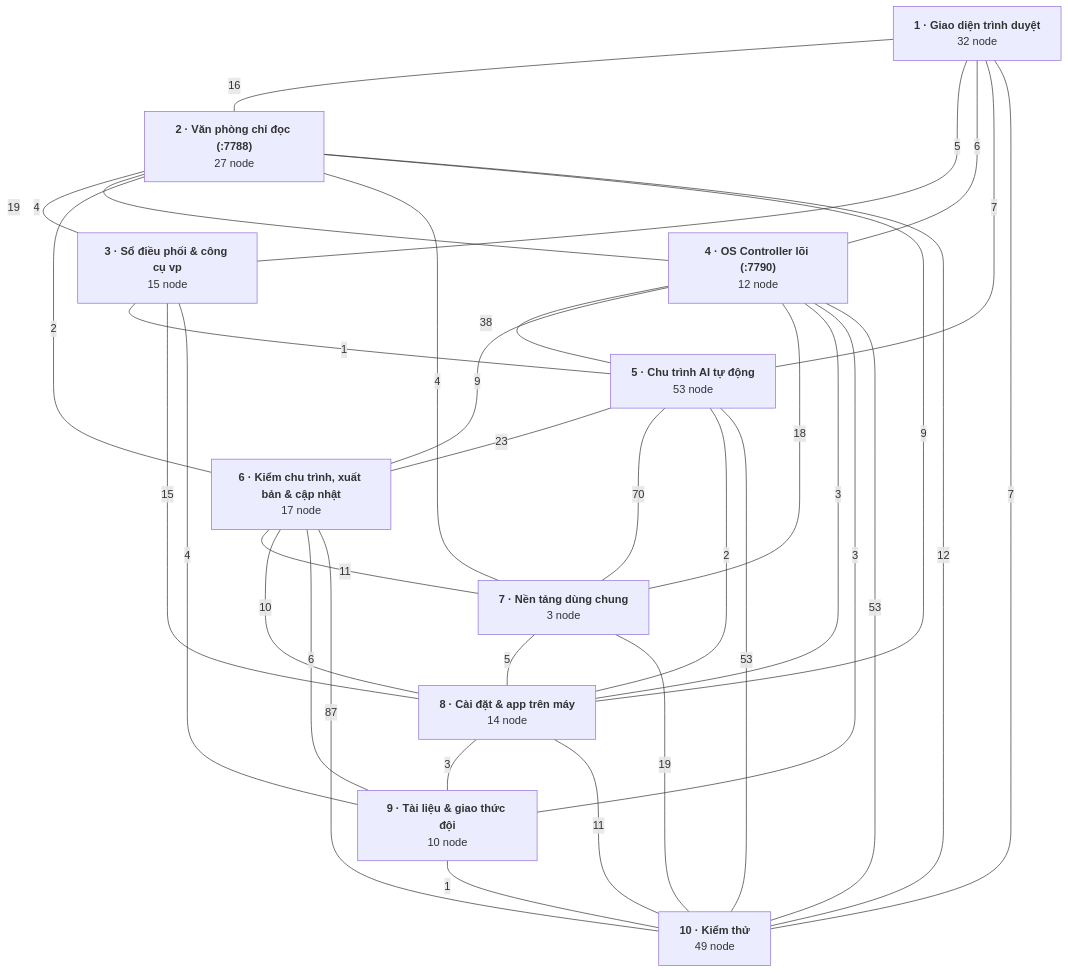
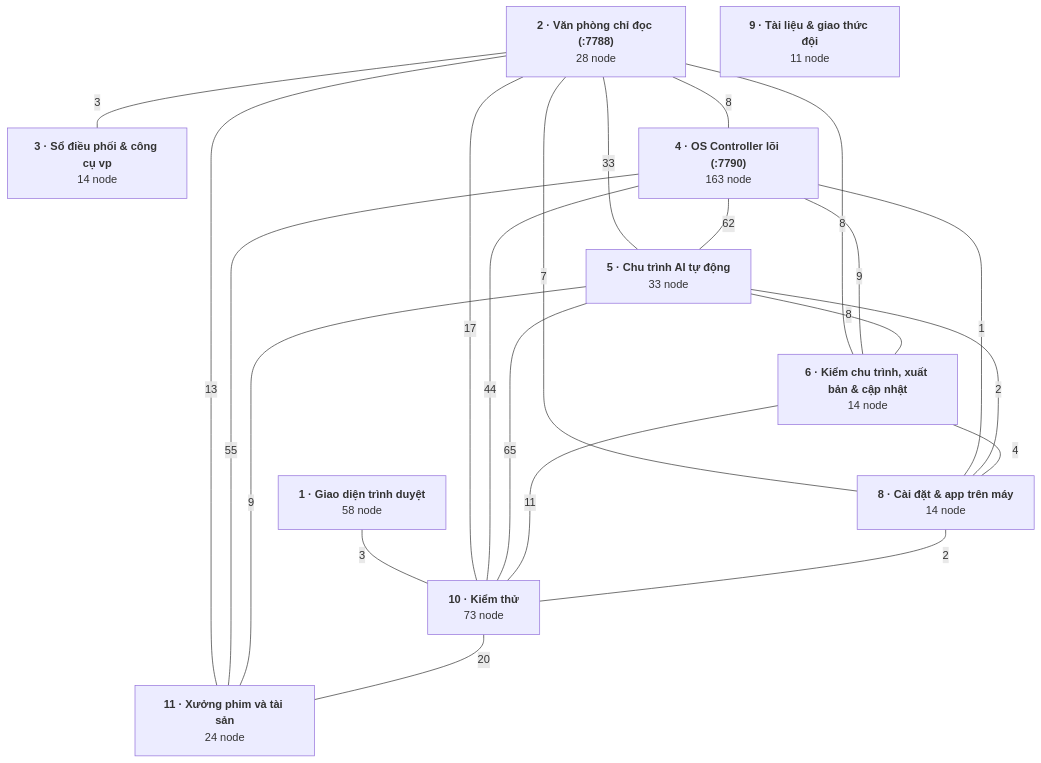
One commit to Thequancute215-sys/V-n-ph-ng-ch-nh-ph- changed diagram 12 of 12 in docs/BAN-DO-HE-THONG.md. Above: the diagram before and after it, drawn with Mermaid. The commit also changed other lines of this file and 4 other files, not shown here.

Commit message:
chore: cập nhật bản đồ hệ thống (Codex, tăng dần) theo tính năng chat duyệt

````diff
--- a/docs/BAN-DO-HE-THONG.md
+++ b/docs/BAN-DO-HE-THONG.md
@@ -1692,46 +2211,34 @@
 ```mermaid
 flowchart TD
-  layer_01_giao_dien["<b>1 · Giao diện trình duyệt</b><br/>32 node"]
-  layer_02_van_phong["<b>2 · Văn phòng chỉ đọc (:7788)</b><br/>27 node"]
-  layer_03_so_dieu_phoi["<b>3 · Sổ điều phối & công cụ vp</b><br/>15 node"]
-  layer_04_os_controller["<b>4 · OS Controller lõi (:7790)</b><br/>12 node"]
-  layer_05_chu_trinh_ai["<b>5 · Chu trình AI tự động</b><br/>53 node"]
-  layer_06_chat_luong_phat_hanh["<b>6 · Kiểm chu trình, xuất bản & cập nhật</b><br/>17 node"]
-  layer_07_nen_tang["<b>7 · Nền tảng dùng chung</b><br/>3 node"]
+  layer_01_giao_dien["<b>1 · Giao diện trình duyệt</b><br/>58 node"]
+  layer_02_van_phong["<b>2 · Văn phòng chỉ đọc (:7788)</b><br/>28 node"]
+  layer_03_so_dieu_phoi["<b>3 · Sổ điều phối & công cụ vp</b><br/>14 node"]
+  layer_04_os_controller["<b>4 · OS Controller lõi (:7790)</b><br/>163 node"]
+  layer_05_chu_trinh_ai["<b>5 · Chu trình AI tự động</b><br/>33 node"]
+  layer_06_chat_luong_phat_hanh["<b>6 · Kiểm chu trình, xuất bản & cập nhật</b><br/>14 node"]
   layer_08_cai_dat_app["<b>8 · Cài đặt & app trên máy</b><br/>14 node"]
-  layer_09_tai_lieu["<b>9 · Tài liệu & giao thức đội</b><br/>10 node"]
-  layer_10_kiem_thu["<b>10 · Kiểm thử</b><br/>49 node"]
-  layer_01_giao_dien ---|16| layer_02_van_phong
-  layer_01_giao_dien ---|5| layer_03_so_dieu_phoi
-  layer_01_giao_dien ---|6| layer_04_os_controller
-  layer_01_giao_dien ---|7| layer_05_chu_trinh_ai
-  layer_01_giao_dien ---|7| layer_10_kiem_thu
-  layer_02_van_phong ---|19| layer_03_so_dieu_phoi
-  layer_02_van_phong ---|4| layer_04_os_controller
-  layer_02_van_phong ---|2| layer_06_chat_luong_phat_hanh
-  layer_02_van_phong ---|4| layer_07_nen_tang
-  layer_02_van_phong ---|9| layer_08_cai_dat_app
-  layer_02_van_phong ---|12| layer_10_kiem_thu
-  layer_03_so_dieu_phoi ---|1| layer_05_chu_trinh_ai
-  layer_03_so_dieu_phoi ---|15| layer_08_cai_dat_app
-  layer_03_so_dieu_phoi ---|4| layer_09_tai_lieu
-  layer_04_os_controller ---|38| layer_05_chu_trinh_ai
+  layer_09_tai_lieu["<b>9 · Tài liệu & giao thức đội</b><br/>11 node"]
+  layer_10_kiem_thu["<b>10 · Kiểm thử</b><br/>73 node"]
+  layer_11_xuong_phim["<b>11 · Xưởng phim và tài sản</b><br/>24 node"]
+  layer_01_giao_dien ---|3| layer_10_kiem_thu
+  layer_02_van_phong ---|3| layer_03_so_dieu_phoi
+  layer_02_van_phong ---|8| layer_04_os_controller
+  layer_02_van_phong ---|33| layer_05_chu_trinh_ai
+  layer_02_van_phong ---|8| layer_06_chat_luong_phat_hanh
+  layer_02_van_phong ---|7| layer_08_cai_dat_app
+  layer_02_van_phong ---|17| layer_10_kiem_thu
+  layer_02_van_phong ---|13| layer_11_xuong_phim
+  layer_04_os_controller ---|62| layer_05_chu_trinh_ai
   layer_04_os_controller ---|9| layer_06_chat_luong_phat_hanh
-  layer_04_os_controller ---|18| layer_07_nen_tang
-  layer_04_os_controller ---|3| layer_08_cai_dat_app
-  layer_04_os_controller ---|3| layer_09_tai_lieu
-  layer_04_os_controller ---|53| layer_10_kiem_thu
-  layer_05_chu_trinh_ai ---|23| layer_06_chat_luong_phat_hanh
-  layer_05_chu_trinh_ai ---|70| layer_07_nen_tang
+  layer_04_os_controller ---|1| layer_08_cai_dat_app
+  layer_04_os_controller ---|44| layer_10_kiem_thu
+  layer_04_os_controller ---|55| layer_11_xuong_phim
+  layer_05_chu_trinh_ai ---|8| layer_06_chat_luong_phat_hanh
   layer_05_chu_trinh_ai ---|2| layer_08_cai_dat_app
-  layer_05_chu_trinh_ai ---|53| layer_10_kiem_thu
-  layer_06_chat_luong_phat_hanh ---|11| layer_07_nen_tang
-  layer_06_chat_luong_phat_hanh ---|10| layer_08_cai_dat_app
-  layer_06_chat_luong_phat_hanh ---|6| layer_09_tai_lieu
-  layer_06_chat_luong_phat_hanh ---|87| layer_10_kiem_thu
-  layer_07_nen_tang ---|5| layer_08_cai_dat_app
-  layer_07_nen_tang ---|19| layer_10_kiem_thu
-  layer_08_cai_dat_app ---|3| layer_09_tai_lieu
-  layer_08_cai_dat_app ---|11| layer_10_kiem_thu
-  layer_09_tai_lieu ---|1| layer_10_kiem_thu
+  layer_05_chu_trinh_ai ---|65| layer_10_kiem_thu
+  layer_05_chu_trinh_ai ---|9| layer_11_xuong_phim
+  layer_06_chat_luong_phat_hanh ---|4| layer_08_cai_dat_app
+  layer_06_chat_luong_phat_hanh ---|11| layer_10_kiem_thu
+  layer_08_cai_dat_app ---|2| layer_10_kiem_thu
+  layer_10_kiem_thu ---|20| layer_11_xuong_phim
 ```
````
